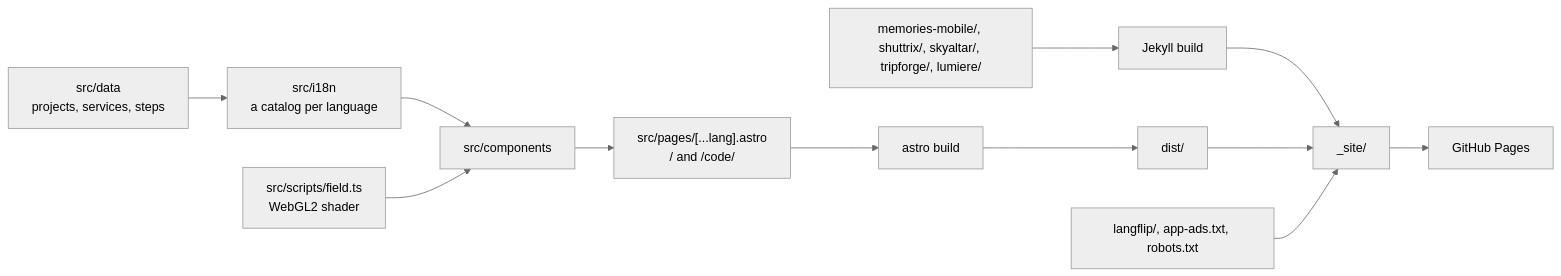
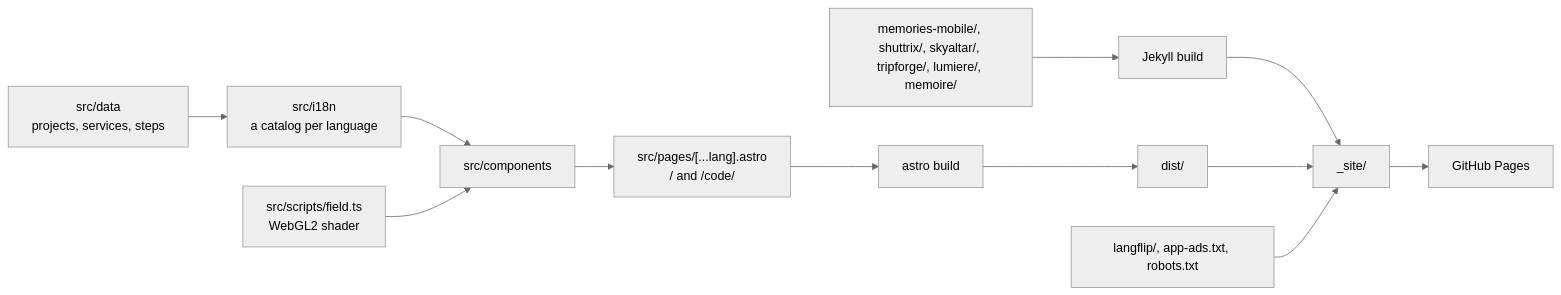
One commit to workbench-soft/workbench-soft.github.io changed the first of 3 diagrams in docs/architecture.md. Above: the diagram before and after it, drawn with Mermaid (neutral theme). The commit also changed other lines of this file and 8 other files, not shown here.

````diff
--- a/docs/architecture.md
+++ b/docs/architecture.md
@@ -19,12 +20,12 @@
 ```mermaid
 flowchart LR
   data["src/data<br/>projects, services, steps"] --> i18n["src/i18n<br/>a catalog per language"]
   i18n --> components["src/components"]
   components --> pages["src/pages/[...lang].astro<br/>/ and /code/"]
   scripts["src/scripts/field.ts<br/>WebGL2 shader"] --> components
   pages --> astro["astro build"] --> dist["dist/"]
-  jekyll["memories-mobile/, shuttrix/, skyaltar/, tripforge/, lumiere/"] --> jb["Jekyll build"] --> site["_site/"]
+  jekyll["memories-mobile/, shuttrix/, skyaltar/, tripforge/, lumiere/, memoire/"] --> jb["Jekyll build"] --> site["_site/"]
   dist --> site
   root["langflip/, app-ads.txt, robots.txt"] --> site
   site --> pages_["GitHub Pages"]
 ```
````
